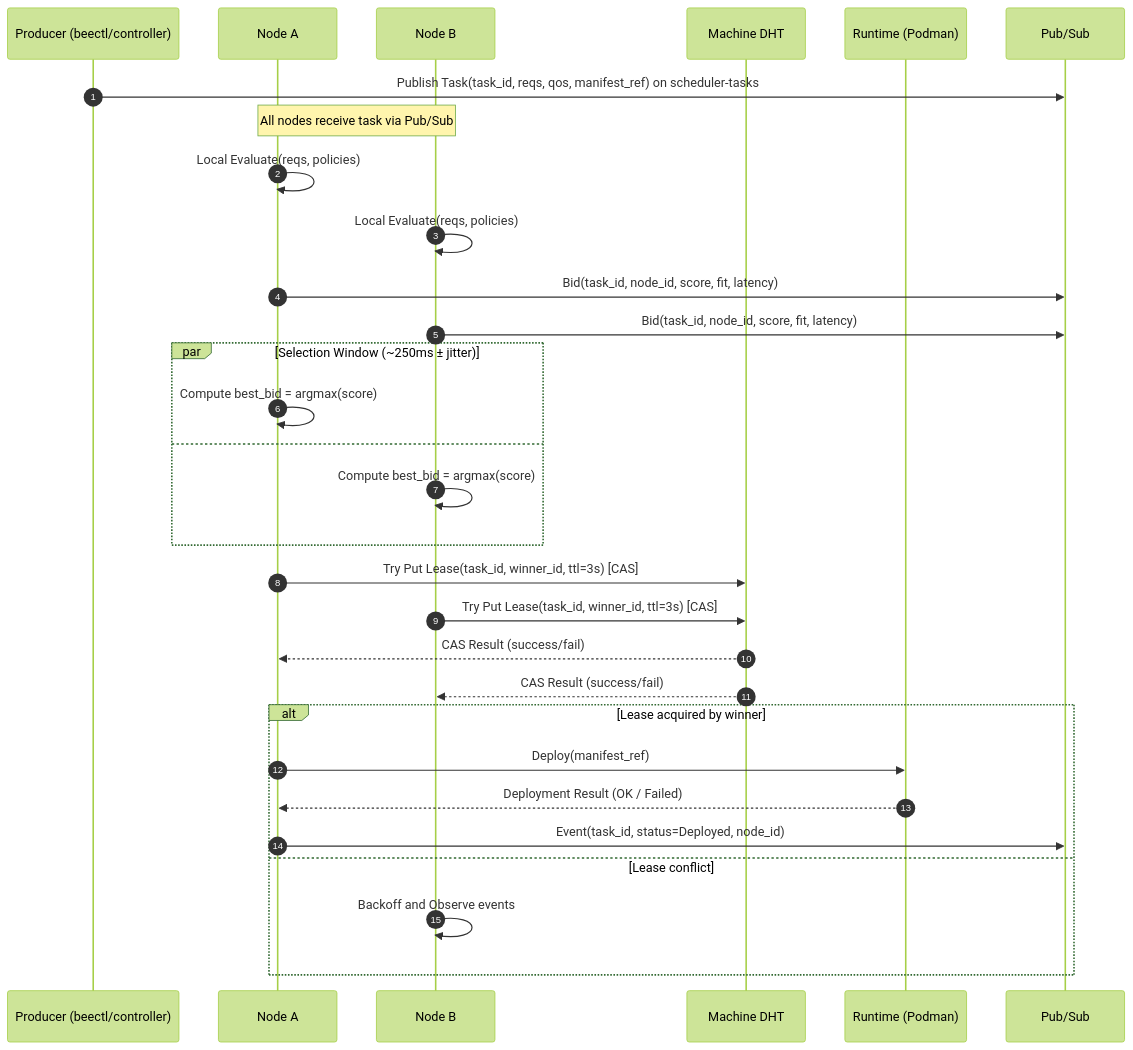
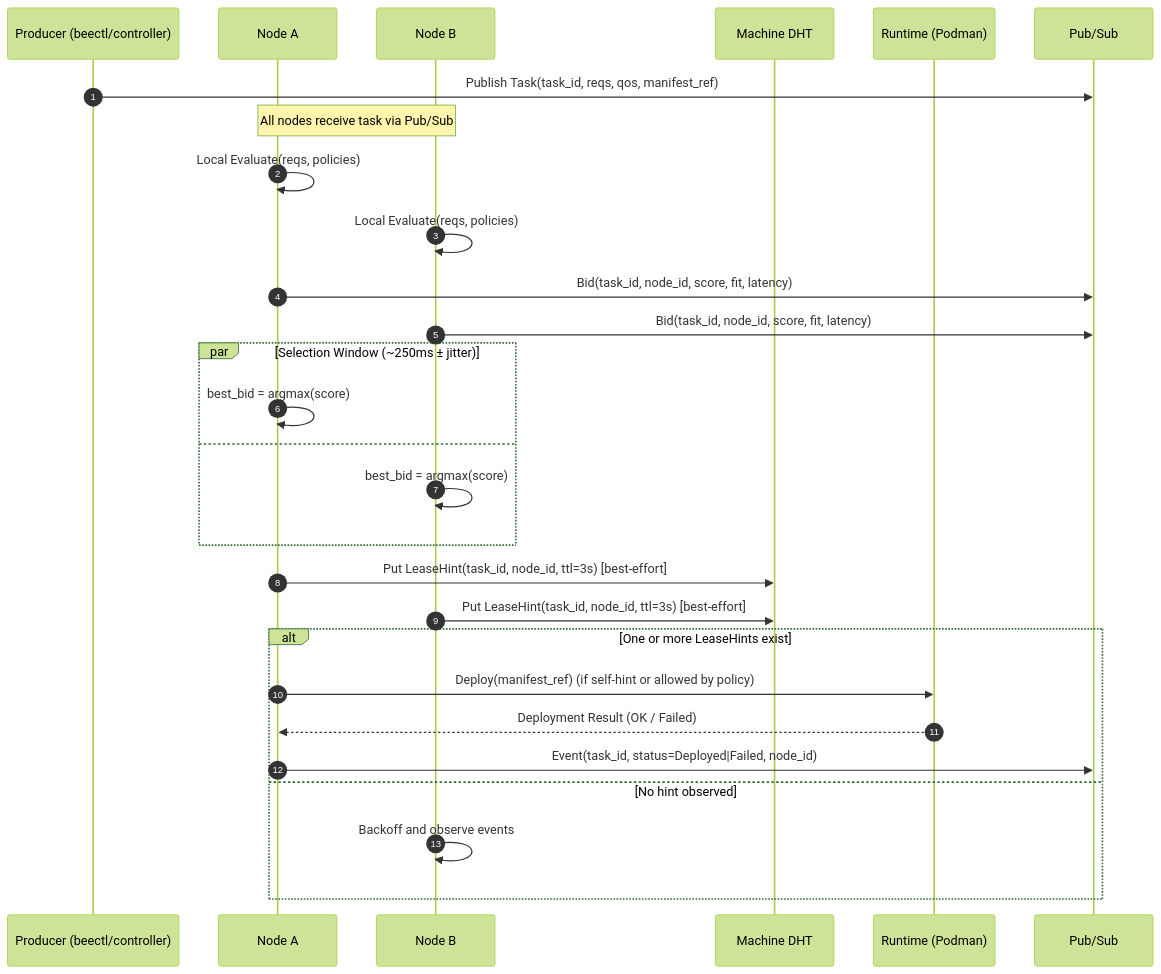
Before and after one commit to beemesh/beemesh: the first of 3 diagrams in machineplane/README.md, drawn with Mermaid (forest theme). The commit also changed other lines of this file, not shown here.

````diff
--- a/machineplane/README.md
+++ b/machineplane/README.md
@@ -46,40 +55,36 @@
 ```mermaid
 sequenceDiagram
   autonumber
   participant P as Producer (beectl/controller)
   participant N1 as Node A
   participant N2 as Node B
   participant MDHT as Machine DHT
   participant R as Runtime (Podman)
   participant PubSub as Pub/Sub
 
-  P->>PubSub: Publish Task(task_id, reqs, qos, manifest_ref) on scheduler-tasks
+  P->>PubSub: Publish Task(task_id, reqs, qos, manifest_ref)
   Note over N1,N2: All nodes receive task via Pub/Sub
 
   N1->>N1: Local Evaluate(reqs, policies)
   N2->>N2: Local Evaluate(reqs, policies)
 
   N1->>PubSub: Bid(task_id, node_id, score, fit, latency)
   N2->>PubSub: Bid(task_id, node_id, score, fit, latency)
 
   par Selection Window (~250ms ± jitter)
-    N1->>N1: Compute best_bid = argmax(score)
+    N1->>N1: best_bid = argmax(score)
   and
-    N2->>N2: Compute best_bid = argmax(score)
+    N2->>N2: best_bid = argmax(score)
   end
 
-  N1->>MDHT: Try Put Lease(task_id, winner_id, ttl=3s) [CAS]
-  N2->>MDHT: Try Put Lease(task_id, winner_id, ttl=3s) [CAS]
+  N1->>MDHT: Put LeaseHint(task_id, node_id, ttl=3s) [best-effort]
+  N2->>MDHT: Put LeaseHint(task_id, node_id, ttl=3s) [best-effort]
 
-  MDHT-->>N1: CAS Result (success/fail)
-  MDHT-->>N2: CAS Result (success/fail)
-
-  alt Lease acquired by winner
-    N1->>R: Deploy(manifest_ref)
+  alt One or more LeaseHints exist
+    N1->>R: Deploy(manifest_ref) (if self-hint or allowed by policy)
     R-->>N1: Deployment Result (OK / Failed)
-    N1->>PubSub: Event(task_id, status=Deployed, node_id)
-  else Lease conflict
-    N2->>N2: Backoff and Observe events
+    N1->>PubSub: Event(task_id, status=Deployed|Failed, node_id)
+  else No hint observed
+    N2->>N2: Backoff and observe events
   end
-
 ```
````
